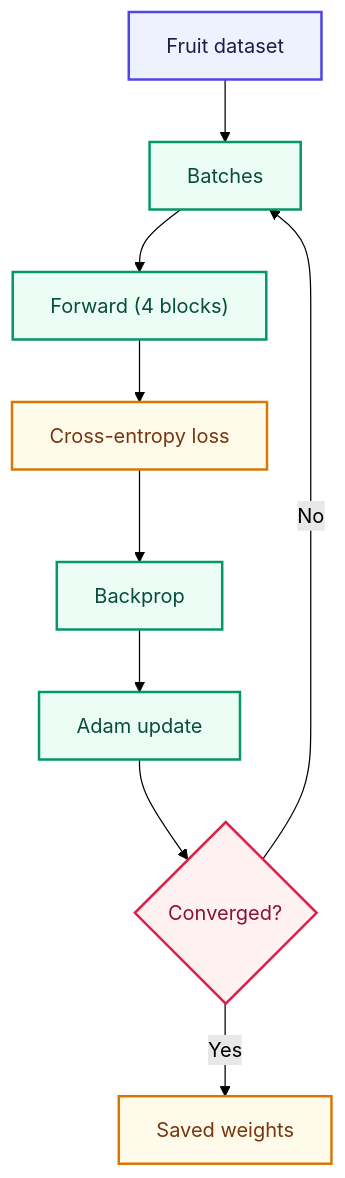
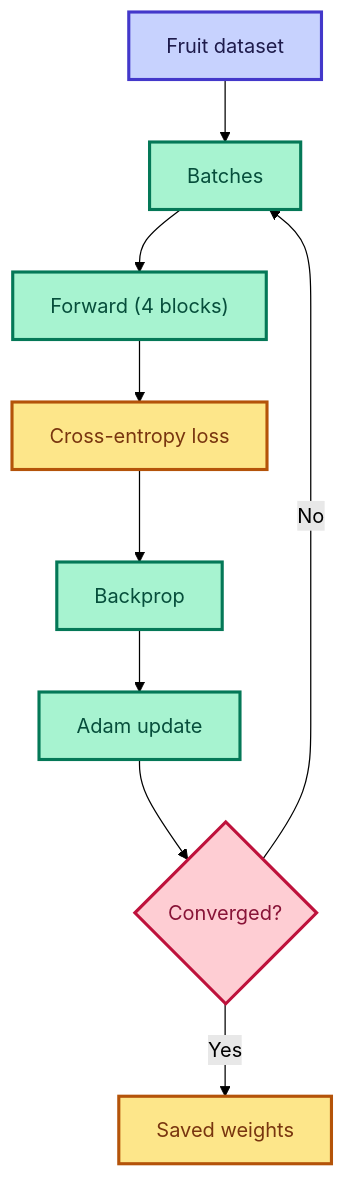
One commit to bhNibir/build-own-llm changed the diagram in content/docs/part-09-mini-gpt/02-train.mdx. Above: the diagram before and after it, drawn with Mermaid (forest theme). The commit also changed 22 other files, not shown here.

First line of the commit message:
Refactor Mermaid and diagram styles for improved readability and consistency

````diff
--- a/content/docs/part-09-mini-gpt/02-train.mdx
+++ b/content/docs/part-09-mini-gpt/02-train.mdx
@@ -16,15 +16,15 @@
 ```mermaid
 flowchart TD
     A["Fruit dataset"]:::input --> B["Batches"]:::process
     B --> C["Forward (4 blocks)"]:::process
     C --> D["Cross-entropy loss"]:::output
     D --> E["Backprop"]:::process
     E --> F["Adam update"]:::process
     F --> G{"Converged?"}:::highlight
     G -->|No| B
     G -->|Yes| H["Saved weights"]:::output
-    classDef input fill:#EEF2FF,color:#1E1B4B,stroke:#4F46E5,stroke-width:2px
-    classDef process fill:#ECFDF5,color:#064E3B,stroke:#059669,stroke-width:2px
-    classDef output fill:#FFFBEB,color:#78350F,stroke:#D97706,stroke-width:2px
-    classDef highlight fill:#FFF1F2,color:#881337,stroke:#E11D48,stroke-width:2px
+    classDef input fill:#C7D2FE,color:#1E1B4B,stroke:#4338CA,stroke-width:2.5px
+    classDef process fill:#A7F3D0,color:#064E3B,stroke:#047857,stroke-width:2.5px
+    classDef output fill:#FDE68A,color:#78350F,stroke:#B45309,stroke-width:2.5px
+    classDef highlight fill:#FECDD3,color:#881337,stroke:#BE123C,stroke-width:2.5px
 ```
````
